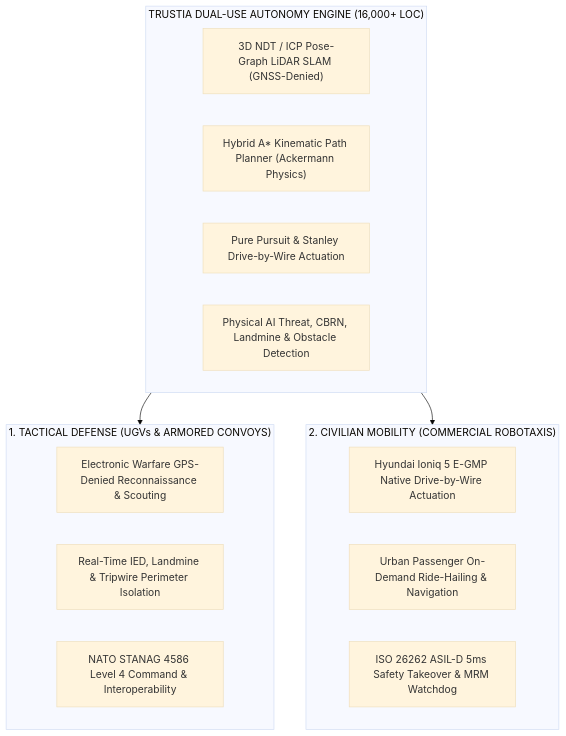
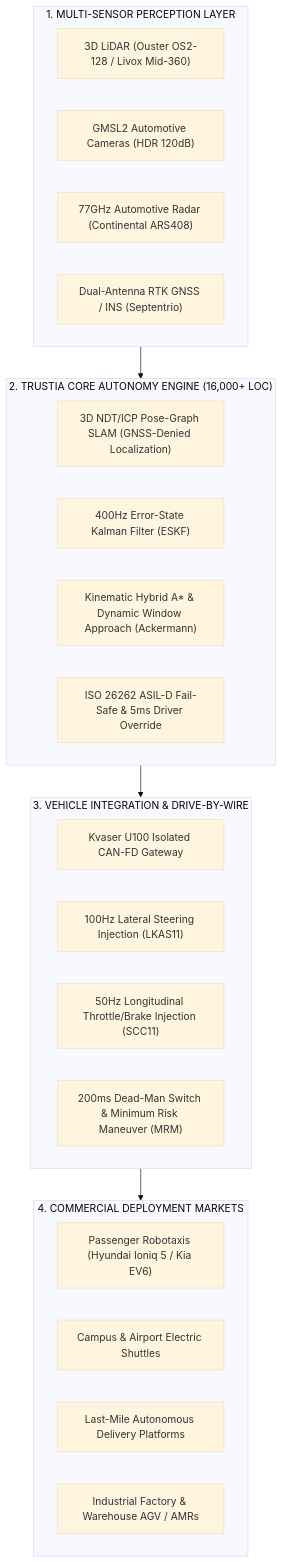
Before and after one commit to Trustia/Trustia: the diagram in README.md, drawn with Mermaid (base theme). The commit also changed other lines of this file and 86 other files, not shown here.

Commit message:
feat: clean obsolete modules, integrate MetaDrive 3D autonomous bridge and update web platform

````diff
--- a/README.md
+++ b/README.md
@@ -54,24 +58,34 @@
 ```mermaid
 flowchart TD
-    subgraph Core ["TRUSTIA DUAL-USE AUTONOMY ENGINE (16,000+ LOC)"]
-        SLAM["3D NDT / ICP Pose-Graph LiDAR SLAM (GNSS-Denied)"]
-        PLAN["Hybrid A* Kinematic Path Planner (Ackermann Physics)"]
-        CTRL["Pure Pursuit & Stanley Drive-by-Wire Actuation"]
-        AI["Physical AI Threat, CBRN, Landmine & Obstacle Detection"]
+    subgraph Sensors ["1. MULTI-SENSOR PERCEPTION LAYER"]
+        LIDAR["3D LiDAR (Ouster OS2-128 / Livox Mid-360)"]
+        CAM["GMSL2 Automotive Cameras (HDR 120dB)"]
+        RADAR["77GHz Automotive Radar (Continental ARS408)"]
+        IMU["Dual-Antenna RTK GNSS / INS (Septentrio)"]
     end
 
-    subgraph Defense ["1. TACTICAL DEFENSE (UGVs & ARMORED CONVOYS)"]
-        UGV1["Electronic Warfare GPS-Denied Reconnaissance & Scouting"]
-        UGV2["Real-Time IED, Landmine & Tripwire Perimeter Isolation"]
-        UGV3["NATO STANAG 4586 Level 4 Command & Interoperability"]
+    subgraph Core ["2. TRUSTIA CORE AUTONOMY ENGINE (16,000+ LOC)"]
+        SLAM["3D NDT/ICP Pose-Graph SLAM (GNSS-Denied Localization)"]
+        FUSION["400Hz Error-State Kalman Filter (ESKF)"]
+        PLAN["Kinematic Hybrid A* & Dynamic Window Approach (Ackermann)"]
+        SAFETY["ISO 26262 ASIL-D Fail-Safe & 5ms Driver Override"]
     end
 
-    subgraph Civilian ["2. CIVILIAN MOBILITY (COMMERCIAL ROBOTAXIS)"]
-        TAXI1["Hyundai Ioniq 5 E-GMP Native Drive-by-Wire Actuation"]
-        TAXI2["Urban Passenger On-Demand Ride-Hailing & Navigation"]
-        TAXI3["ISO 26262 ASIL-D 5ms Safety Takeover & MRM Watchdog"]
+    subgraph Actuation ["3. VEHICLE INTEGRATION & DRIVE-BY-WIRE"]
+        DBW["Kvaser U100 Isolated CAN-FD Gateway"]
+        STEER["100Hz Lateral Steering Injection (LKAS11)"]
+        SPEED["50Hz Longitudinal Throttle/Brake Injection (SCC11)"]
+        WATCH["200ms Dead-Man Switch & Minimum Risk Maneuver (MRM)"]
     end
 
-    Core --> Defense
-    Core --> Civilian
+    subgraph Commercial ["4. COMMERCIAL DEPLOYMENT MARKETS"]
+        ROBOTAXI["Passenger Robotaxis (Hyundai Ioniq 5 / Kia EV6)"]
+        SHUTTLE["Campus & Airport Electric Shuttles"]
+        DELIVERY["Last-Mile Autonomous Delivery Platforms"]
+        INTRALOGISTICS["Industrial Factory & Warehouse AGV / AMRs"]
+    end
+
+    Sensors --> Core
+    Core --> Actuation
+    Actuation --> Commercial
 ```
````
